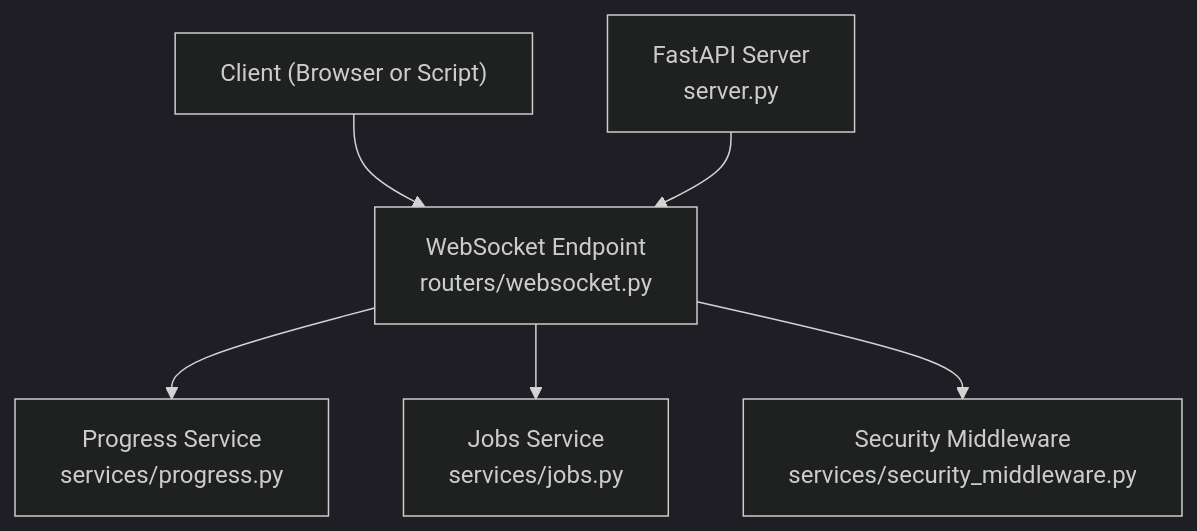
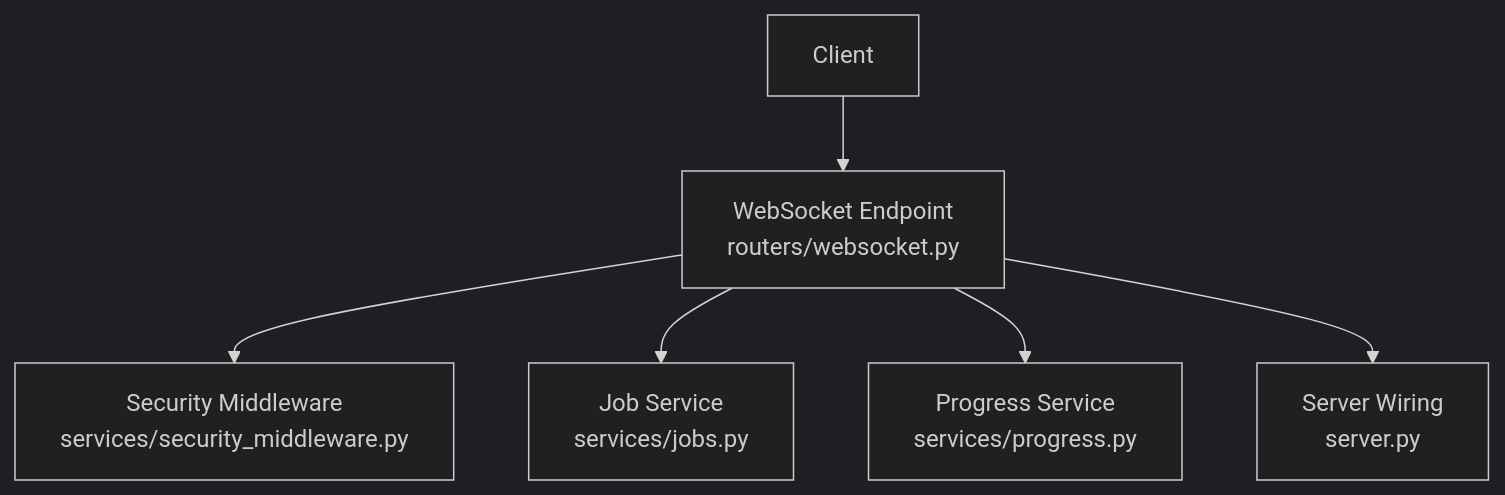
One commit to Sifr-r/LocalDeepL changed the first of 4 diagrams in .qoder/repowiki/en/content/API Reference/WebSocket API.md. Above: the diagram before and after it, drawn with Mermaid (dark theme). The commit also changed other lines of this file and 246 other files, not shown here.

````diff
--- a/.qoder/repowiki/en/content/API Reference/WebSocket API.md
+++ b/.qoder/repowiki/en/content/API Reference/WebSocket API.md
@@ -31,8 +37,8 @@
 ```mermaid
 graph TB
-Client["Client (Browser or Script)"] --> WS["WebSocket Endpoint<br/>routers/websocket.py"]
+Client["Client"] --> WS["WebSocket Endpoint<br/>routers/websocket.py"]
+WS --> Auth["Security Middleware<br/>services/security_middleware.py"]
+WS --> Jobs["Job Service<br/>services/jobs.py"]
 WS --> Progress["Progress Service<br/>services/progress.py"]
-WS --> Jobs["Jobs Service<br/>services/jobs.py"]
-WS --> SecMW["Security Middleware<br/>services/security_middleware.py"]
-App["FastAPI Server<br/>server.py"] --> WS
+WS --> Server["Server Wiring<br/>server.py"]
 ```
````
